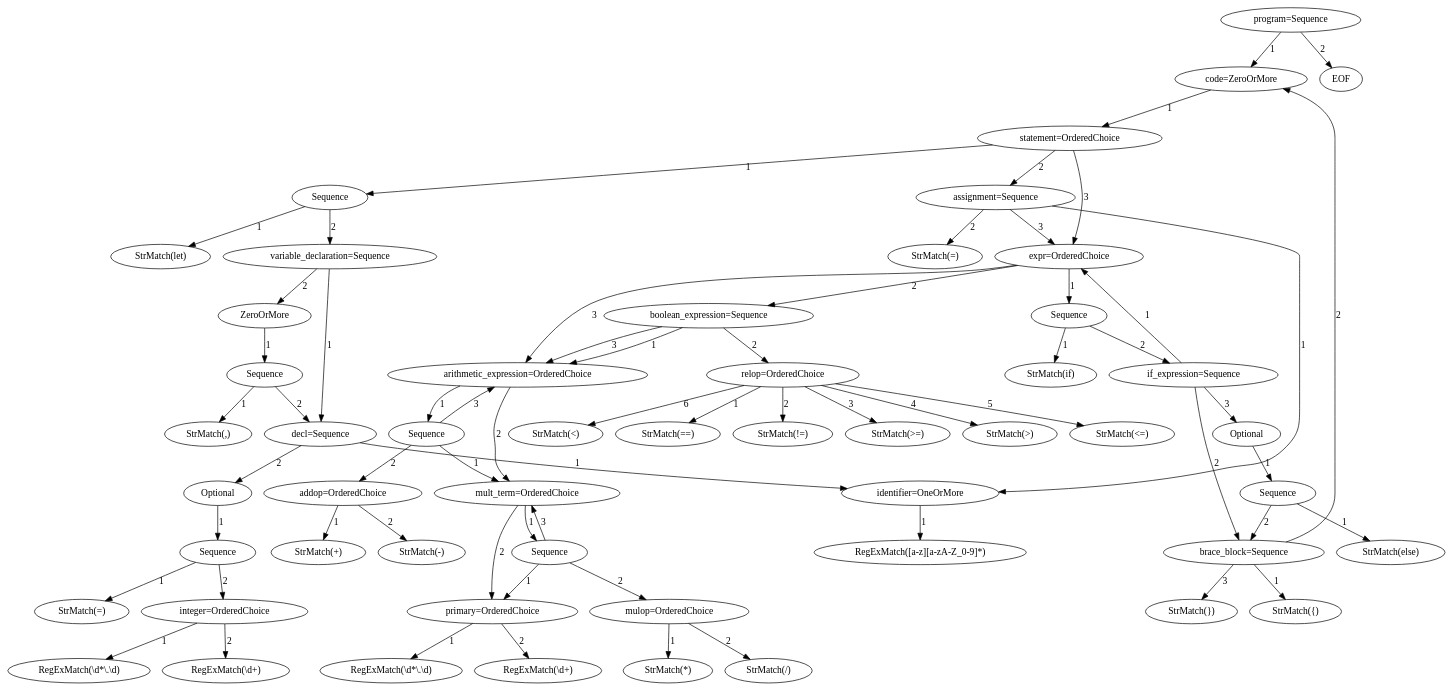
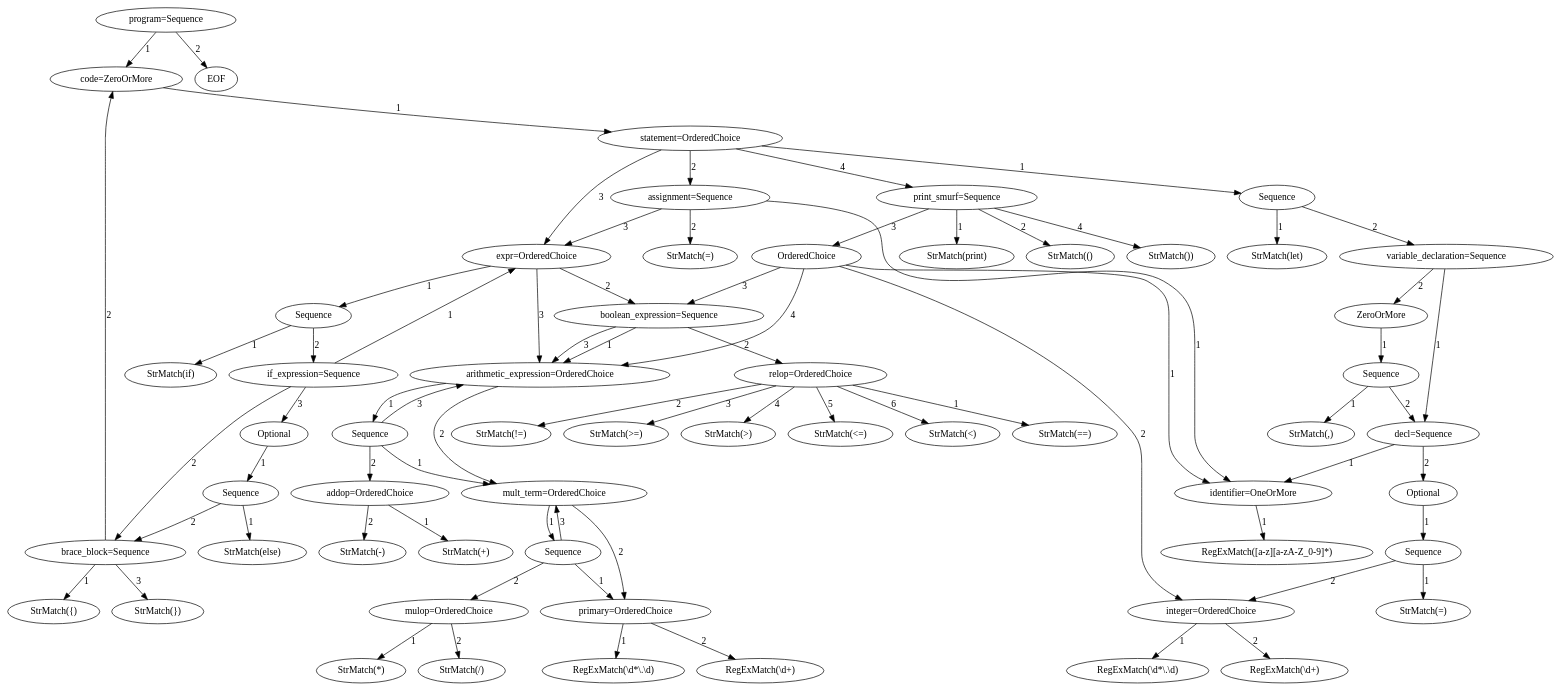
One commit to pragdave/cs3342_smurf changed the diagram in program_parser_model.dot. Above: the diagram before and after it, drawn with Graphviz. The commit also changed 10 other files, not shown here.

```diff
--- a/program_parser_model.dot
+++ b/program_parser_model.dot
@@ -1,180 +1,203 @@
 digraph arpeggio_graph {
-4710802832 [label="program=Sequence"];
-4710802832->4710841680 [label="1"]
+4712327248 [label="program=Sequence"];
+4712327248->4712753424 [label="1"]
 
-4710841680 [label="code=ZeroOrMore"];
-4710841680->4710754256 [label="1"]
+4712753424 [label="code=ZeroOrMore"];
+4712753424->4712752720 [label="1"]
 
-4710754256 [label="statement=OrderedChoice"];
-4710754256->4710754960 [label="1"]
+4712752720 [label="statement=OrderedChoice"];
+4712752720->4712754832 [label="1"]
 
-4710754960 [label="Sequence"];
-4710754960->4710755216 [label="1"]
+4712754832 [label="Sequence"];
+4712754832->4712561168 [label="1"]
 
-4710755216 [label="StrMatch(let)"];
-4710754960->4710754448 [label="2"]
+4712561168 [label="StrMatch(let)"];
+4712754832->4714716368 [label="2"]
 
-4710754448 [label="variable_declaration=Sequence"];
-4710754448->4710645712 [label="1"]
+4714716368 [label="variable_declaration=Sequence"];
+4714716368->4713727248 [label="1"]
 
-4710645712 [label="decl=Sequence"];
-4710645712->4710642320 [label="1"]
+4713727248 [label="decl=Sequence"];
+4713727248->4713847760 [label="1"]
 
-4710642320 [label="identifier=OneOrMore"];
-4710642320->4710642704 [label="1"]
+4713847760 [label="identifier=OneOrMore"];
+4713847760->4713844944 [label="1"]
 
-4710642704 [label="RegExMatch([a-z][a-zA-Z_0-9]*)"];
-4710645712->4710643664 [label="2"]
+4713844944 [label="RegExMatch([a-z][a-zA-Z_0-9]*)"];
+4713727248->4713727824 [label="2"]
 
-4710643664 [label="Optional"];
-4710643664->4710823312 [label="1"]
+4713727824 [label="Optional"];
+4713727824->4714118672 [label="1"]
 
-4710823312 [label="Sequence"];
-4710823312->4710825488 [label="1"]
+4714118672 [label="Sequence"];
+4714118672->4714118736 [label="1"]
 
-4710825488 [label="StrMatch(=)"];
-4710823312->4710824976 [label="2"]
+4714118736 [label="StrMatch(=)"];
+4714118672->4712252240 [label="2"]
 
-4710824976 [label="integer=OrderedChoice"];
-4710824976->4710823760 [label="1"]
+4712252240 [label="integer=OrderedChoice"];
+4712252240->4714118864 [label="1"]
 
-4710823760 [label="RegExMatch(\\d*\\.\\d)"];
-4710824976->4710824784 [label="2"]
+4714118864 [label="RegExMatch(\\d*\\.\\d)"];
+4712252240->4714117584 [label="2"]
 
-4710824784 [label="RegExMatch(\\d+)"];
-4710754448->4710754000 [label="2"]
+4714117584 [label="RegExMatch(\\d+)"];
+4714716368->4714713360 [label="2"]
 
-4710754000 [label="ZeroOrMore"];
-4710754000->4710822480 [label="1"]
+4714713360 [label="ZeroOrMore"];
+4714713360->4711904848 [label="1"]
 
-4710822480 [label="Sequence"];
-4710822480->4710822672 [label="1"]
+4711904848 [label="Sequence"];
+4711904848->4711903696 [label="1"]
 
-4710822672 [label="StrMatch(,)"];
-4710822480->4710645712 [label="2"]
+4711903696 [label="StrMatch(,)"];
+4711904848->4713727248 [label="2"]
 
-4710754256->4710822032 [label="2"]
+4712752720->4711906512 [label="2"]
 
-4710822032 [label="assignment=Sequence"];
-4710822032->4710642320 [label="1"]
+4711906512 [label="assignment=Sequence"];
+4711906512->4713847760 [label="1"]
 
-4710822032->4710825168 [label="2"]
+4711906512->4711903440 [label="2"]
 
-4710825168 [label="StrMatch(=)"];
-4710822032->4710824144 [label="3"]
+4711903440 [label="StrMatch(=)"];
+4711906512->4711903760 [label="3"]
 
-4710824144 [label="expr=OrderedChoice"];
-4710824144->4710822992 [label="1"]
+4711903760 [label="expr=OrderedChoice"];
+4711903760->4711904272 [label="1"]
 
-4710822992 [label="Sequence"];
-4710822992->4710825808 [label="1"]
+4711904272 [label="Sequence"];
+4711904272->4711903568 [label="1"]
 
-4710825808 [label="StrMatch(if)"];
-4710822992->4710825552 [label="2"]
+4711903568 [label="StrMatch(if)"];
+4711904272->4711905296 [label="2"]
 
-4710825552 [label="if_expression=Sequence"];
-4710825552->4710824144 [label="1"]
+4711905296 [label="if_expression=Sequence"];
+4711905296->4711903760 [label="1"]
 
-4710825552->4710809936 [label="2"]
+4711905296->4711904336 [label="2"]
 
-4710809936 [label="brace_block=Sequence"];
-4710809936->4710810064 [label="1"]
+4711904336 [label="brace_block=Sequence"];
+4711904336->4711904144 [label="1"]
 
-4710810064 [label="StrMatch({)"];
-4710809936->4710841680 [label="2"]
+4711904144 [label="StrMatch({)"];
+4711904336->4712753424 [label="2"]
 
-4710809936->4710810640 [label="3"]
+4711904336->4715599440 [label="3"]
 
-4710810640 [label="StrMatch(})"];
-4710825552->4710825680 [label="3"]
+4715599440 [label="StrMatch(})"];
+4711905296->4711905424 [label="3"]
 
-4710825680 [label="Optional"];
-4710825680->4710810832 [label="1"]
+4711905424 [label="Optional"];
+4711905424->4712606608 [label="1"]
 
-4710810832 [label="Sequence"];
-4710810832->4710810960 [label="1"]
+4712606608 [label="Sequence"];
+4712606608->4712604496 [label="1"]
 
-4710810960 [label="StrMatch(else)"];
-4710810832->4710809936 [label="2"]
+4712604496 [label="StrMatch(else)"];
+4712606608->4711904336 [label="2"]
 
-4710824144->4710811344 [label="2"]
+4711903760->4712607184 [label="2"]
 
-4710811344 [label="boolean_expression=Sequence"];
-4710811344->4710811536 [label="1"]
+4712607184 [label="boolean_expression=Sequence"];
+4712607184->4712604944 [label="1"]
 
-4710811536 [label="arithmetic_expression=OrderedChoice"];
-4710811536->4710811664 [label="1"]
+4712604944 [label="arithmetic_expression=OrderedChoice"];
+4712604944->4712604112 [label="1"]
 
-4710811664 [label="Sequence"];
-4710811664->4710811856 [label="1"]
+4712604112 [label="Sequence"];
+4712604112->4712604368 [label="1"]
 
-4710811856 [label="mult_term=OrderedChoice"];
-4710811856->4710811984 [label="1"]
+4712604368 [label="mult_term=OrderedChoice"];
+4712604368->4712607056 [label="1"]
 
-4710811984 [label="Sequence"];
-4710811984->4710812304 [label="1"]
+4712607056 [label="Sequence"];
+4712607056->4713157584 [label="1"]
 
-4710812304 [label="primary=OrderedChoice"];
-4710812304->4710812176 [label="1"]
+4713157584 [label="primary=OrderedChoice"];
+4713157584->4713157712 [label="1"]
 
-4710812176 [label="RegExMatch(\\d*\\.\\d)"];
-4710812304->4710812240 [label="2"]
+4713157712 [label="RegExMatch(\\d*\\.\\d)"];
+4713157584->4713159056 [label="2"]
 
-4710812240 [label="RegExMatch(\\d+)"];
-4710811984->4710756304 [label="2"]
+4713159056 [label="RegExMatch(\\d+)"];
+4712607056->4710922448 [label="2"]
 
-4710756304 [label="mulop=OrderedChoice"];
-4710756304->4710824912 [label="1"]
+4710922448 [label="mulop=OrderedChoice"];
+4710922448->4710921488 [label="1"]
 
-4710824912 [label="StrMatch(*)"];
-4710756304->4710822800 [label="2"]
+4710921488 [label="StrMatch(*)"];
+4710922448->4710923152 [label="2"]
 
-4710822800 [label="StrMatch(/)"];
-4710811984->4710811856 [label="3"]
+4710923152 [label="StrMatch(/)"];
+4712607056->4712604368 [label="3"]
 
-4710811856->4710812304 [label="2"]
+4712604368->4713157584 [label="2"]
 
-4710811664->4710825296 [label="2"]
+4712604112->4710924240 [label="2"]
 
-4710825296 [label="addop=OrderedChoice"];
-4710825296->4710804688 [label="1"]
+4710924240 [label="addop=OrderedChoice"];
+4710924240->4710924176 [label="1"]
 
-4710804688 [label="StrMatch(+)"];
-4710825296->4710645328 [label="2"]
+4710924176 [label="StrMatch(+)"];
+4710924240->4710922896 [label="2"]
 
-4710645328 [label="StrMatch(-)"];
-4710811664->4710811536 [label="3"]
+4710922896 [label="StrMatch(-)"];
+4712604112->4712604944 [label="3"]
 
-4710811536->4710811856 [label="2"]
+4712604944->4712604368 [label="2"]
 
-4710811344->4710029840 [label="2"]
+4712607184->4710921680 [label="2"]
 
-4710029840 [label="relop=OrderedChoice"];
-4710029840->4710029776 [label="1"]
+4710921680 [label="relop=OrderedChoice"];
+4710921680->4712865296 [label="1"]
 
-4710029776 [label="StrMatch(==)"];
-4710029840->4710027856 [label="2"]
+4712865296 [label="StrMatch(==)"];
+4710921680->4712864784 [label="2"]
 
-4710027856 [label="StrMatch(!=)"];
-4710029840->4710028560 [label="3"]
+4712864784 [label="StrMatch(!=)"];
+4710921680->4712863312 [label="3"]
 
-4710028560 [label="StrMatch(>=)"];
-4710029840->4710027664 [label="4"]
+4712863312 [label="StrMatch(>=)"];
+4710921680->4713973968 [label="4"]
 
-4710027664 [label="StrMatch(>)"];
-4710029840->4710029392 [label="5"]
+4713973968 [label="StrMatch(>)"];
+4710921680->4713972432 [label="5"]
 
-4710029392 [label="StrMatch(<=)"];
-4710029840->4710029904 [label="6"]
+4713972432 [label="StrMatch(<=)"];
+4710921680->4714134864 [label="6"]
 
-4710029904 [label="StrMatch(<)"];
-4710811344->4710811536 [label="3"]
+4714134864 [label="StrMatch(<)"];
+4712607184->4712604944 [label="3"]
 
-4710824144->4710811536 [label="3"]
+4711903760->4712604944 [label="3"]
 
-4710754256->4710824144 [label="3"]
+4712752720->4711903760 [label="3"]
 
-4710802832->4710029136 [label="2"]
+4712752720->4712766480 [label="4"]
 
-4710029136 [label="EOF"];
+4712766480 [label="print_smurf=Sequence"];
+4712766480->4712767376 [label="1"]
+
+4712767376 [label="StrMatch(print)"];
+4712766480->4712764560 [label="2"]
+
+4712764560 [label="StrMatch(()"];
+4712766480->4712763728 [label="3"]
+
+4712763728 [label="OrderedChoice"];
+4712763728->4713847760 [label="1"]
+
+4712763728->4712252240 [label="2"]
+
+4712763728->4712607184 [label="3"]
+
+4712763728->4712604944 [label="4"]
+
+4712766480->4712764176 [label="4"]
+
+4712764176 [label="StrMatch())"];
+4712327248->4712767184 [label="2"]
+
+4712767184 [label="EOF"];
 }
```
